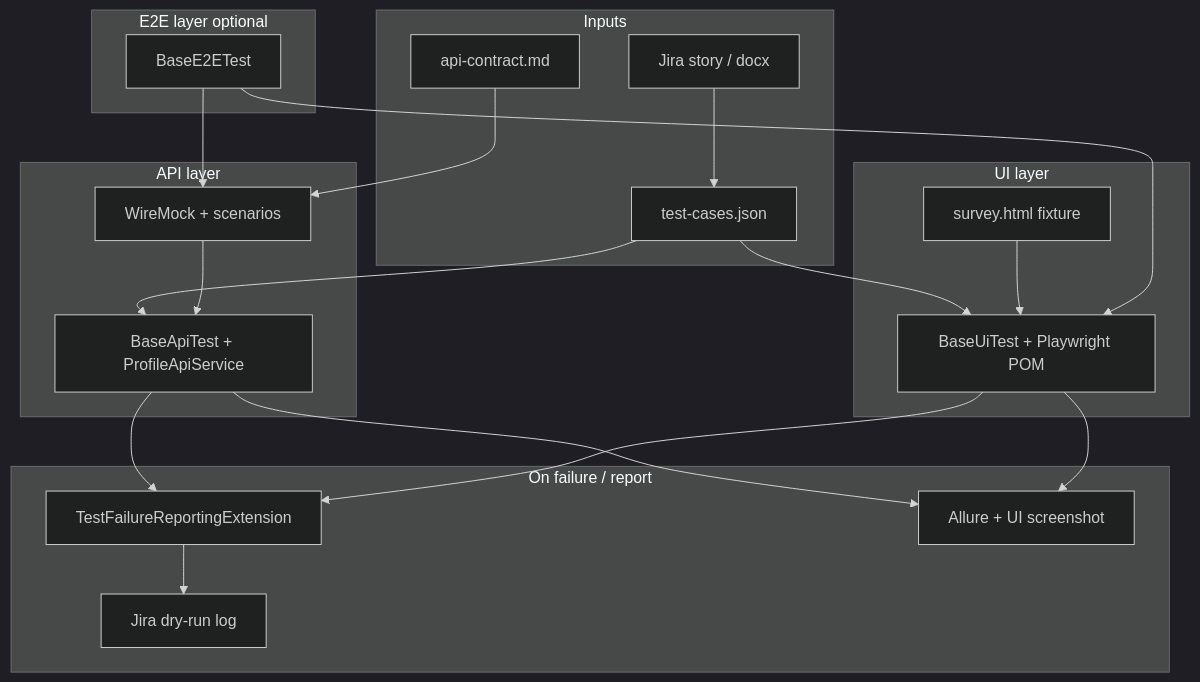
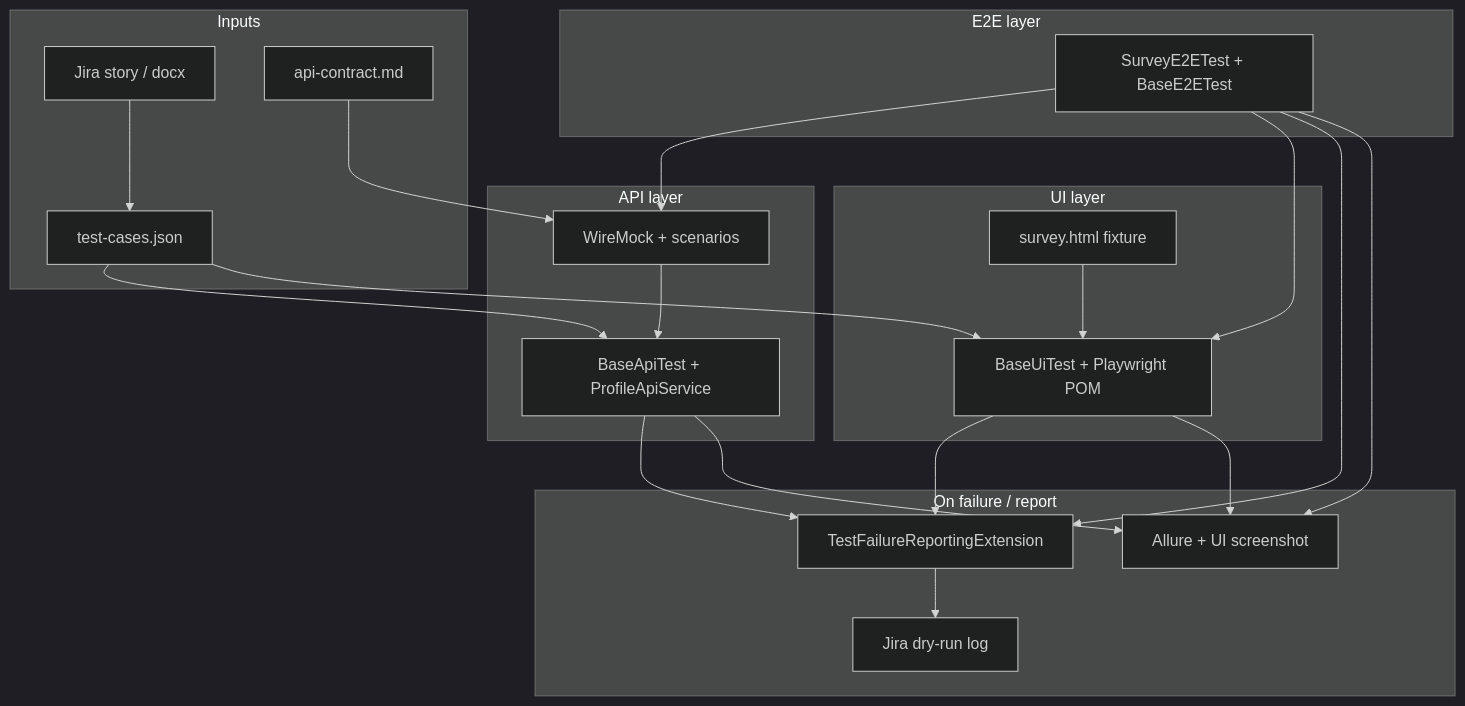
One commit to Underdogsv/AutomationFramework changed the diagram in README.md. Above: the diagram before and after it, drawn with Mermaid (dark theme). The commit also changed other lines of this file, not shown here.

````diff
--- a/README.md
+++ b/README.md
@@ -19,37 +19,39 @@
 ```mermaid
 flowchart TB
   subgraph inputs [Inputs]
     Jira[Jira story / docx]
     TC[test-cases.json]
     Contract[api-contract.md]
   end
   subgraph api_layer [API layer]
     WM[WireMock + scenarios]
     API[BaseApiTest + ProfileApiService]
   end
   subgraph ui_layer [UI layer]
     UI[BaseUiTest + Playwright POM]
     HTML[survey.html fixture]
   end
-  subgraph e2e_layer [E2E layer optional]
-    E2E[BaseE2ETest]
+  subgraph e2e_layer [E2E layer]
+    E2E[SurveyE2ETest + BaseE2ETest]
   end
   subgraph outputs [On failure / report]
     Ext[TestFailureReportingExtension]
     Allure[Allure + UI screenshot]
     JiraDry[Jira dry-run log]
   end
   Jira --> TC
   TC --> API
   TC --> UI
   Contract --> WM
   WM --> API
   HTML --> UI
   E2E --> WM
   E2E --> UI
   API --> Ext
   UI --> Ext
+  E2E --> Ext
   Ext --> JiraDry
   API --> Allure
   UI --> Allure
+  E2E --> Allure
 ```
````
